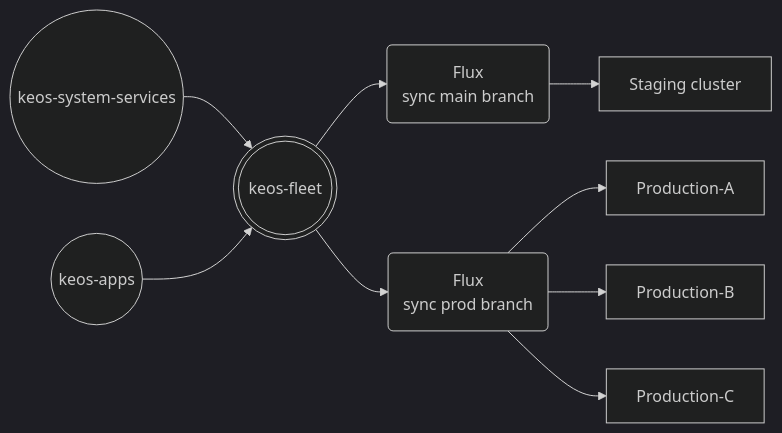
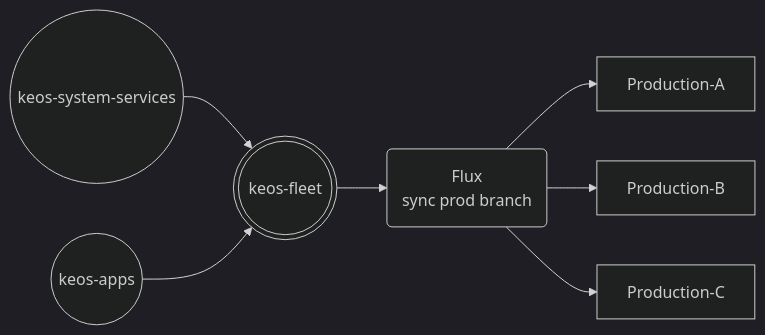
Before and after one commit to forselli-stratio/keos-fleet-test: the diagram in README.md, drawn with Mermaid (dark theme).

````diff
--- a/README.md
+++ b/README.md
@@ -27,12 +27,10 @@
 ```mermaid
 flowchart LR
 
 A((keos-system-services)) --> C
 B((keos-apps)) --> C(((keos-fleet)))
-C --> D(Flux \nsync main branch)
-D --> E[Staging cluster]
 C--> G(Flux \nsync prod branch)
 G --> H[Production-A]
 G --> I[Production-B]
 G --> J[Production-C]
 ```
````
